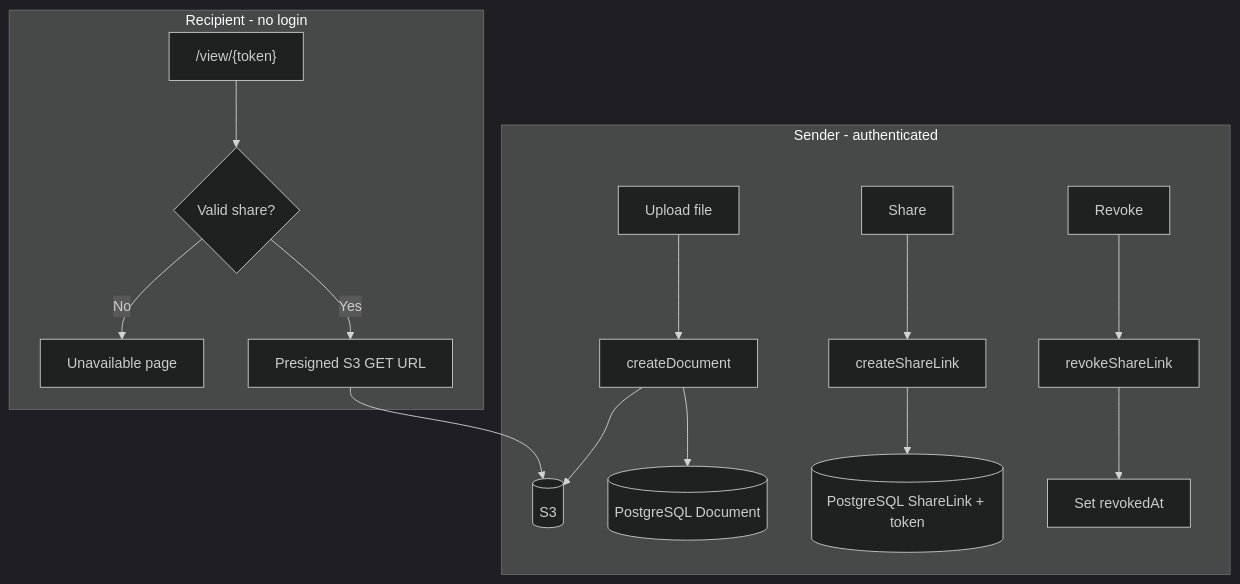
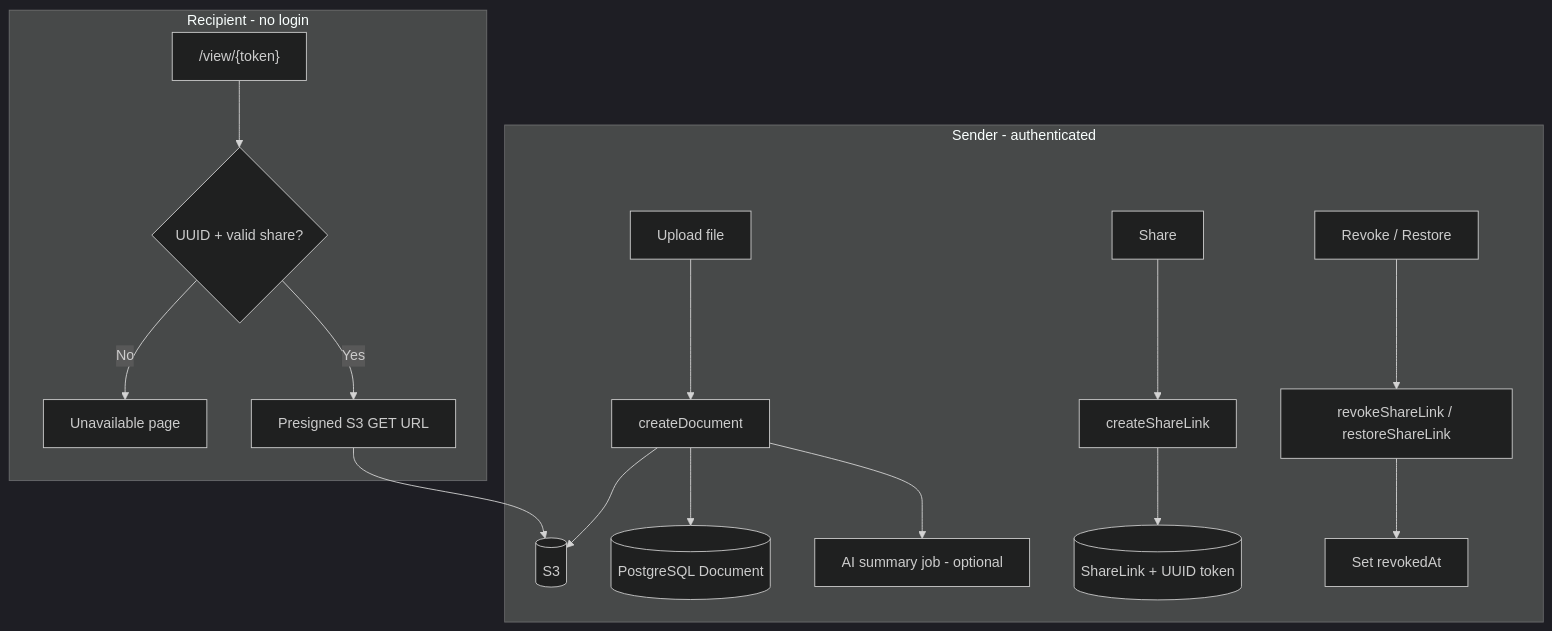
One commit to ShuvaMallickPro/secure-doc-delivery-saas changed the first of 2 diagrams in README.md. Above: the diagram before and after it, drawn with Mermaid (dark theme). The commit also changed other lines of this file, not shown here.

````diff
--- a/README.md
+++ b/README.md
@@ -46,19 +58,20 @@
 ```mermaid
 flowchart TB
   subgraph sender [Sender - authenticated]
     A[Upload file] --> B[createDocument]
     B --> C[(S3)]
     B --> D[(PostgreSQL Document)]
+    B --> AI[AI summary job - optional]
     E[Share] --> F[createShareLink]
-    F --> G[(PostgreSQL ShareLink + token)]
-    H[Revoke] --> I[revokeShareLink]
+    F --> G[(ShareLink + UUID token)]
+    H[Revoke / Restore] --> I[revokeShareLink / restoreShareLink]
     I --> J[Set revokedAt]
   end
 
   subgraph recipient [Recipient - no login]
-    K["/view/{token}"] --> L{Valid share?}
+    K["/view/{token}"] --> L{UUID + valid share?}
     L -->|No| M[Unavailable page]
     L -->|Yes| N[Presigned S3 GET URL]
     N --> C
   end
 ```
````
